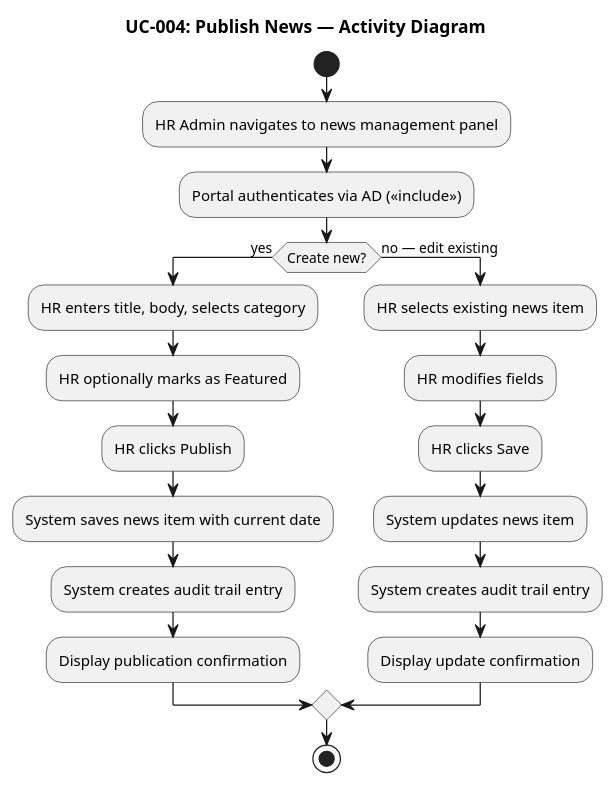
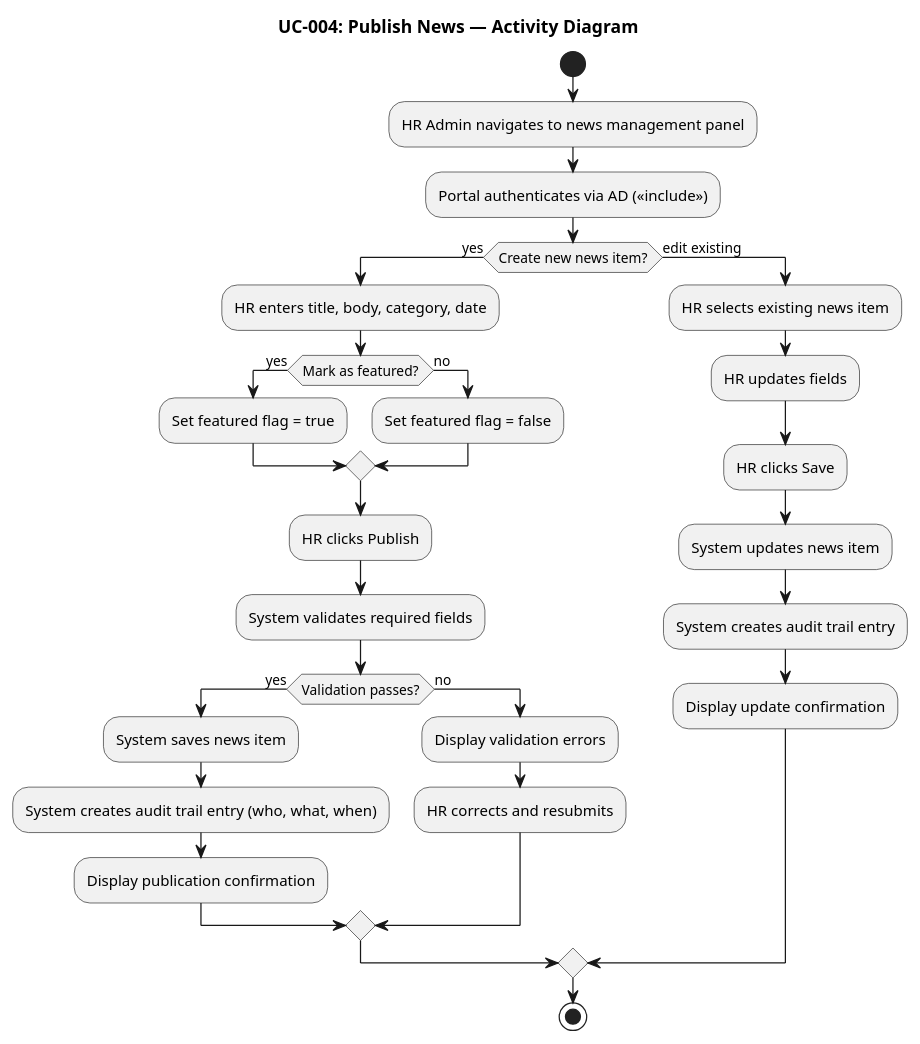
One commit to banense-test/demo-janke-lab changed the seventh of 11 diagrams in docs/artifacts/requirements/use-case-model.md. Above: the diagram before and after it, drawn with PlantUML. The commit also changed other lines of this file, not shown here.

````diff
--- a/docs/artifacts/requirements/use-case-model.md
+++ b/docs/artifacts/requirements/use-case-model.md
@@ -365,27 +443,38 @@
 ```plantuml
 @startuml
 title UC-004: Publish News — Activity Diagram
 
 start
 :HR Admin navigates to news management panel;
 :Portal authenticates via AD (<<include>>);
 
-if (Create new?) then (yes)
-  :HR enters title, body, selects category;
-  :HR optionally marks as Featured;
+if (Create new news item?) then (yes)
+  :HR enters title, body, category, date;
+  if (Mark as featured?) then (yes)
+    :Set featured flag = true;
+  else (no)
+    :Set featured flag = false;
+  endif
   :HR clicks Publish;
-  :System saves news item with current date;
-  :System creates audit trail entry;
-  :Display publication confirmation;
-else (no — edit existing)
+  :System validates required fields;
+  if (Validation passes?) then (yes)
+    :System saves news item;
+    :System creates audit trail entry (who, what, when);
+    :Display publication confirmation;
+  else (no)
+    :Display validation errors;
+    :HR corrects and resubmits;
+  endif
+else (edit existing)
   :HR selects existing news item;
-  :HR modifies fields;
+  :HR updates fields;
   :HR clicks Save;
   :System updates news item;
   :System creates audit trail entry;
   :Display update confirmation;
 endif
 
 stop
+
 @enduml
 ```
````
